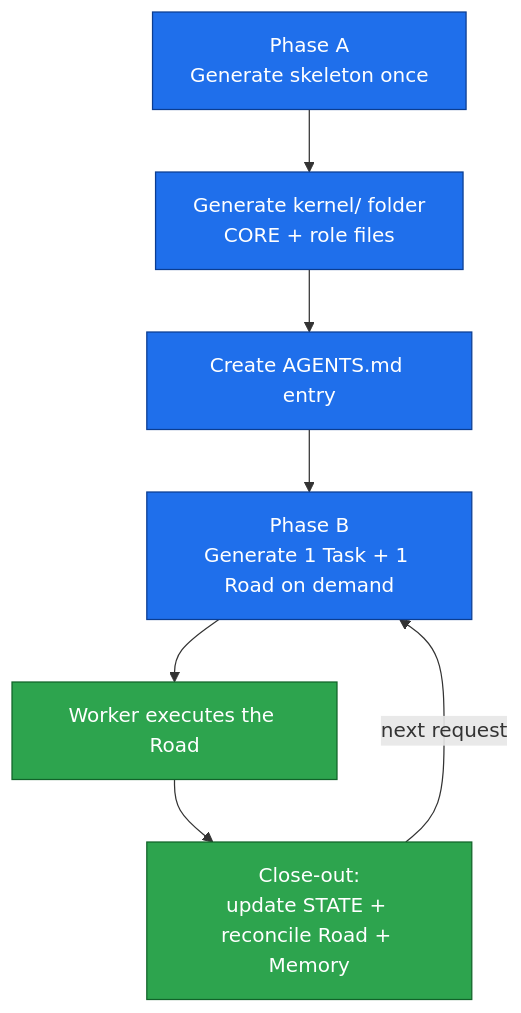
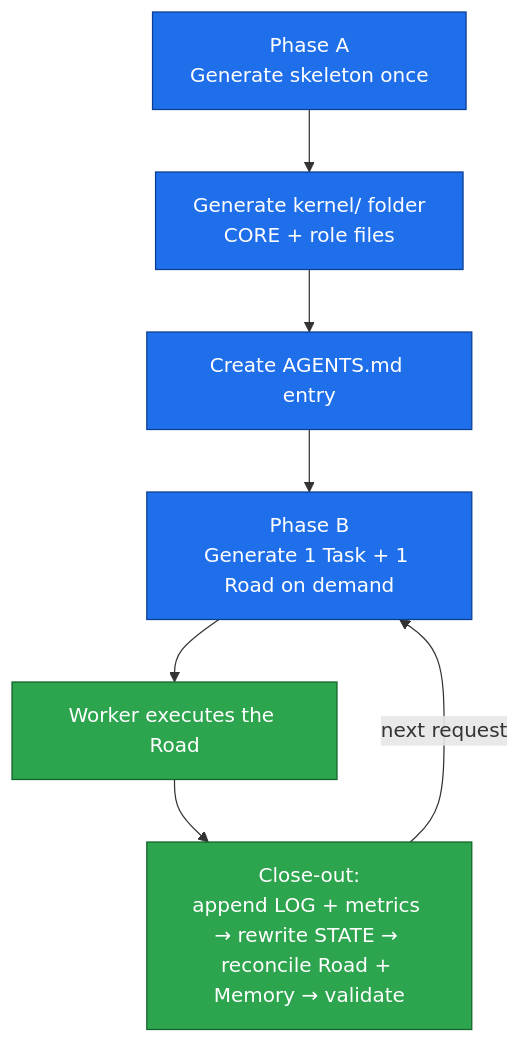
The seventh of 7 diagrams in docs/guides/ROUTING-FLOW.md (asadeisa/akrs), drawn with Mermaid before and after one commit. The commit also changed other lines of this file and 4 other files, not shown here.

````diff
--- a/docs/guides/ROUTING-FLOW.md
+++ b/docs/guides/ROUTING-FLOW.md
@@ -111,14 +160,14 @@
 ```mermaid
 flowchart TD
     A[Phase A<br/>Generate skeleton once] --> K[Generate kernel/ folder<br/>CORE + role files]
     K --> Entry[Create AGENTS.md entry]
     Entry --> B[Phase B<br/>Generate 1 Task + 1 Road on demand]
     B --> X[Worker executes the Road]
-    X --> C[Close-out:<br/>update STATE + reconcile Road + Memory]
+    X --> C[Close-out:<br/>append LOG + metrics → rewrite STATE → reconcile Road + Memory → validate]
     C -->|next request| B
 
     classDef lead fill:#1f6feb,stroke:#0b3d91,color:#fff;
     classDef work fill:#2da44e,stroke:#116329,color:#fff;
     class A,K,Entry,B lead;
     class X,C work;
 ```
````
